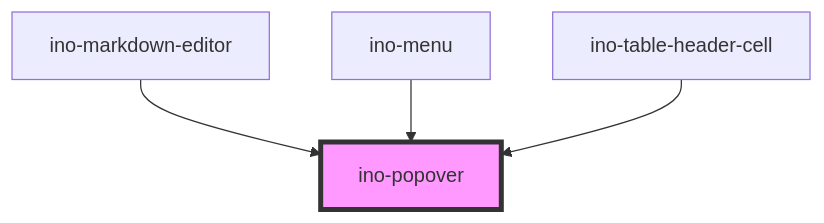
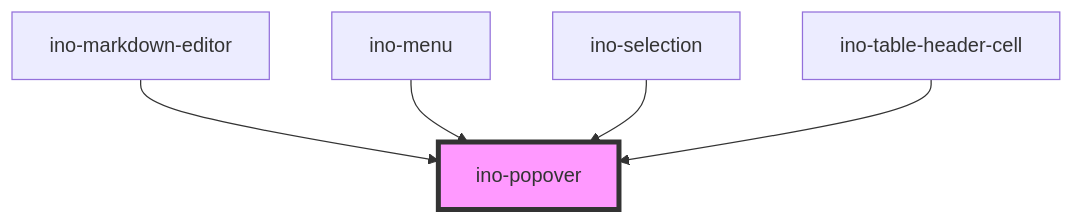
Before and after one commit to inovex/elements: the diagram in packages/elements/src/components/ino-popover/readme.md, drawn with Mermaid. The commit also changed other lines of this file and 21 other files, not shown here.

Commit message:
refactor(elements): add autocomplete & virtualScroll to ino-selection - virtualScroll not working

````diff
--- a/packages/elements/src/components/ino-popover/readme.md
+++ b/packages/elements/src/components/ino-popover/readme.md
@@ -260,7 +261,8 @@
 ```mermaid
 graph TD;
   ino-markdown-editor --> ino-popover
   ino-menu --> ino-popover
+  ino-selection --> ino-popover
   ino-table-header-cell --> ino-popover
   style ino-popover fill:#f9f,stroke:#333,stroke-width:4px
 ```
````
